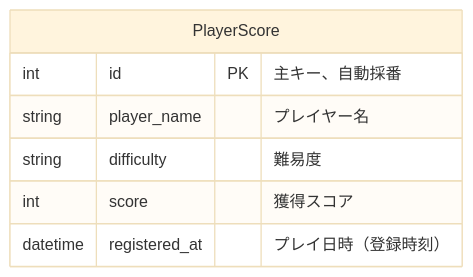
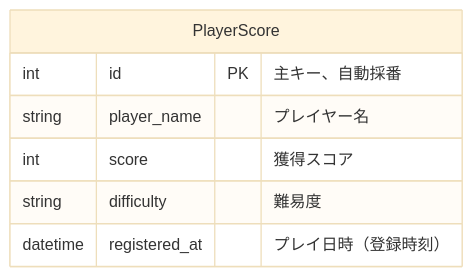
Before and after one commit to SeiyaYanamoto/EnemyDown: the first of 2 diagrams in README.md, drawn with Mermaid (base theme). The commit also changed other lines of this file, not shown here.

First line of the commit message:
ER図の項目の入れ替え

````diff
--- a/README.md
+++ b/README.md
@@ -61,10 +61,10 @@
 ```mermaid
 erDiagram
     PlayerScore {
         int id PK "主キー、自動採番"
         string player_name "プレイヤー名"
+        int score "獲得スコア"
         string difficulty "難易度"
-        int score "獲得スコア"
         datetime registered_at "プレイ日時（登録時刻）"
     }
 ```
````
